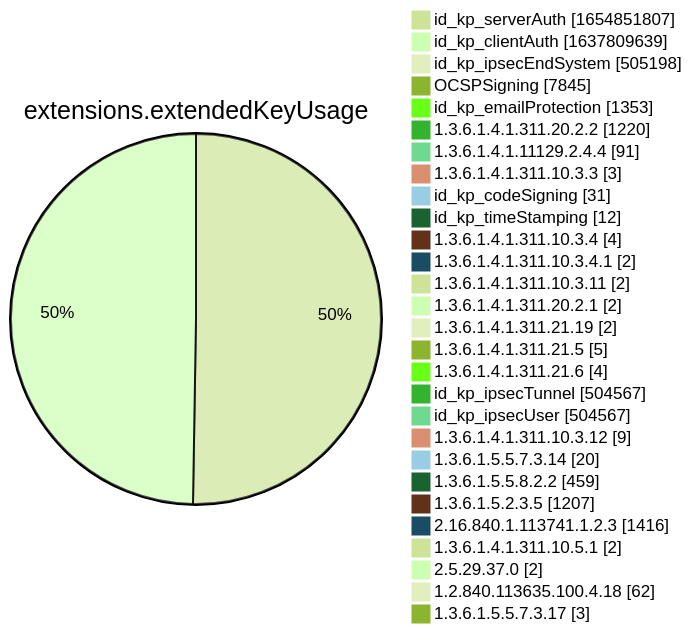
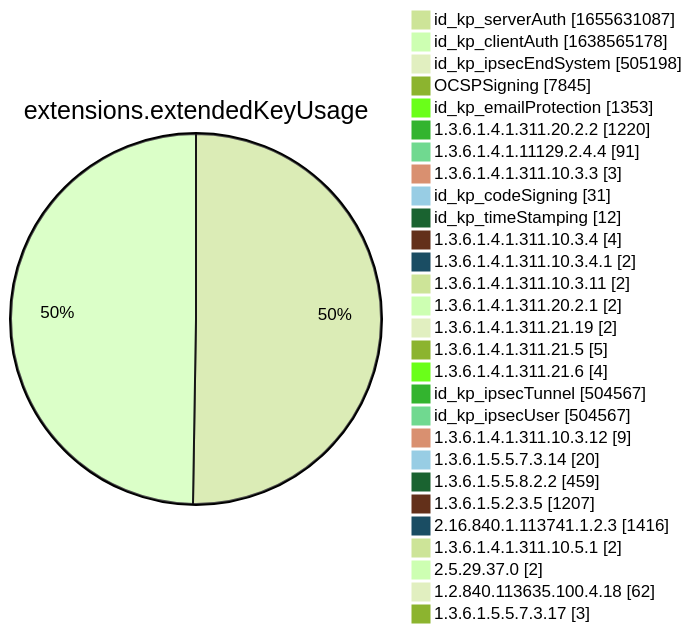
Diagram 12 of 15 in xenon2022/README.md (christiankrug/ctmonitor_visualization), drawn with Mermaid (forest theme) before and after one commit. The commit also changed other lines of this file, not shown here.

````diff
--- a/xenon2022/README.md
+++ b/xenon2022/README.md
@@ -3886,32 +3886,32 @@
 ```mermaid
 pie showData
 title extensions.extendedKeyUsage
-"id_kp_serverAuth" :1654851807
-"id_kp_clientAuth" :1637809639
+"id_kp_serverAuth" :1655631087
+"id_kp_clientAuth" :1638565178
 "id_kp_ipsecEndSystem" :505198
 "OCSPSigning" :7845
 "id_kp_emailProtection" :1353
 "1.3.6.1.4.1.311.20.2.2" :1220
 "1.3.6.1.4.1.11129.2.4.4" :91
 "1.3.6.1.4.1.311.10.3.3" :3
 "id_kp_codeSigning" :31
 "id_kp_timeStamping" :12
 "1.3.6.1.4.1.311.10.3.4" :4
 "1.3.6.1.4.1.311.10.3.4.1" :2
 "1.3.6.1.4.1.311.10.3.11" :2
 "1.3.6.1.4.1.311.20.2.1" :2
 "1.3.6.1.4.1.311.21.19" :2
 "1.3.6.1.4.1.311.21.5" :5
 "1.3.6.1.4.1.311.21.6" :4
 "id_kp_ipsecTunnel" :504567
 "id_kp_ipsecUser" :504567
 "1.3.6.1.4.1.311.10.3.12" :9
 "1.3.6.1.5.5.7.3.14" :20
 "1.3.6.1.5.5.8.2.2" :459
 "1.3.6.1.5.2.3.5" :1207
 "2.16.840.1.113741.1.2.3" :1416
 "1.3.6.1.4.1.311.10.5.1" :2
 "2.5.29.37.0" :2
 "1.2.840.113635.100.4.18" :62
 "1.3.6.1.5.5.7.3.17" :3
 ```
````
